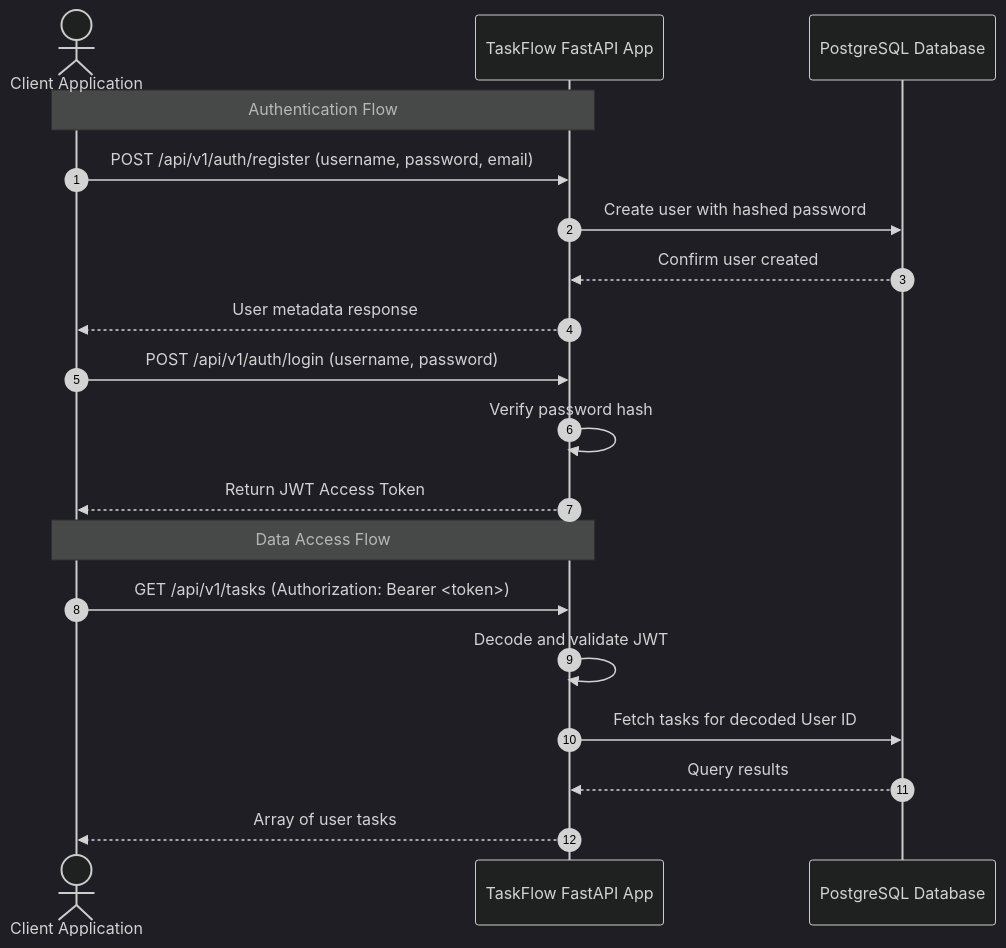
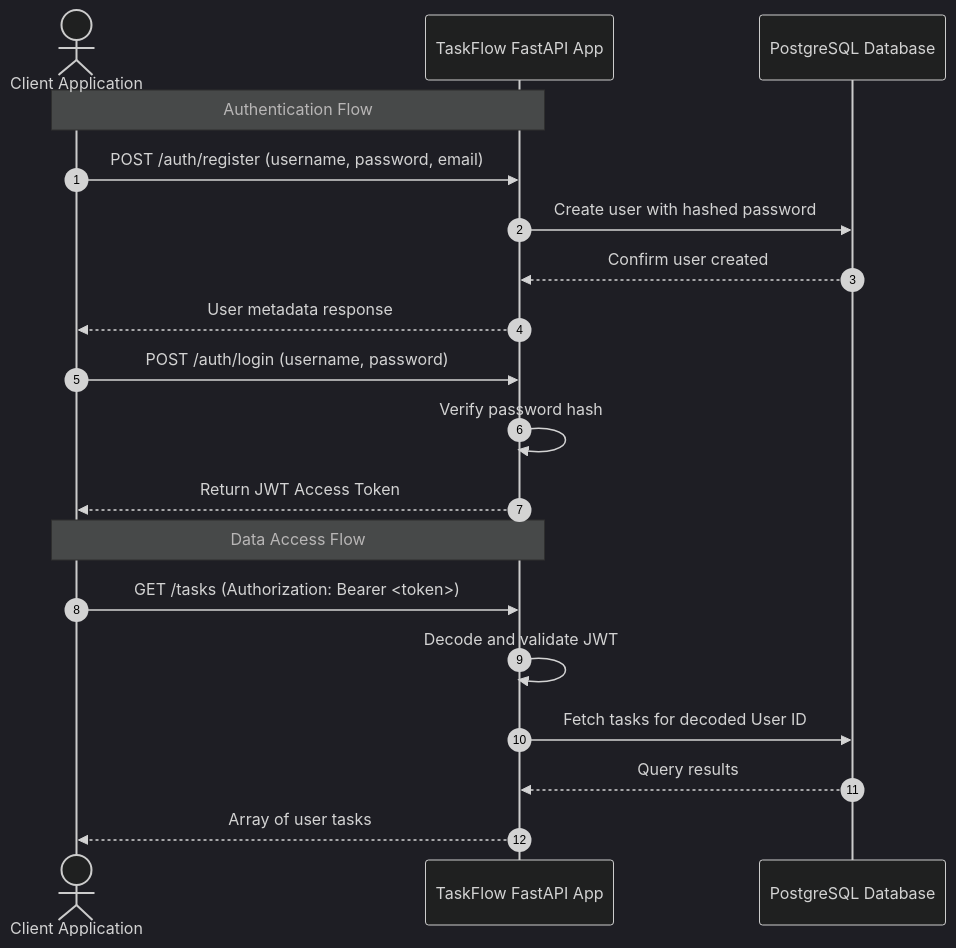
The diagram in WALKTHROUGH.md (nandakumar-nandu/TaskFlowAPI), drawn with Mermaid (dark theme) before and after one commit. The commit also changed other lines of this file and 7 other files, not shown here.

````diff
--- a/WALKTHROUGH.md
+++ b/WALKTHROUGH.md
@@ -30,24 +30,24 @@
 ```mermaid
 sequenceDiagram
     autonumber
     actor User as Client Application
     participant API as TaskFlow FastAPI App
     participant DB as PostgreSQL Database
 
     Note over User, API: Authentication Flow
-    User->>API: POST /api/v1/auth/register (username, password, email)
+    User->>API: POST /auth/register (username, password, email)
     API->>DB: Create user with hashed password
     DB-->>API: Confirm user created
     API-->>User: User metadata response
 
-    User->>API: POST /api/v1/auth/login (username, password)
+    User->>API: POST /auth/login (username, password)
     API->>API: Verify password hash
     API-->>User: Return JWT Access Token
 
     Note over User, API: Data Access Flow
-    User->>API: GET /api/v1/tasks (Authorization: Bearer <token>)
+    User->>API: GET /tasks (Authorization: Bearer <token>)
     API->>API: Decode and validate JWT
     API->>DB: Fetch tasks for decoded User ID
     DB-->>API: Query results
     API-->>User: Array of user tasks
 ```
````
